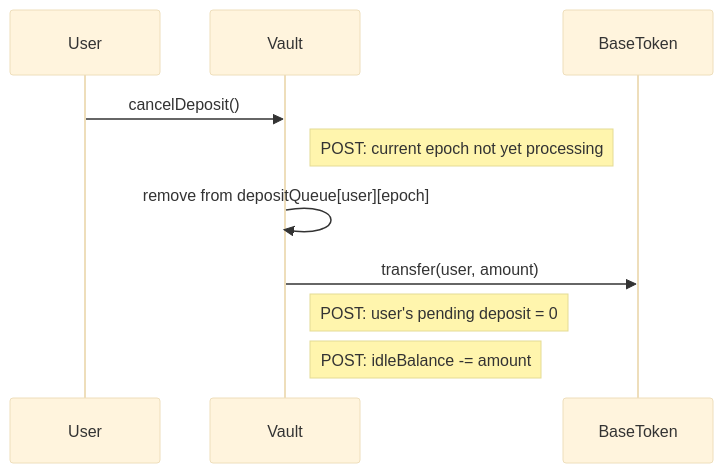
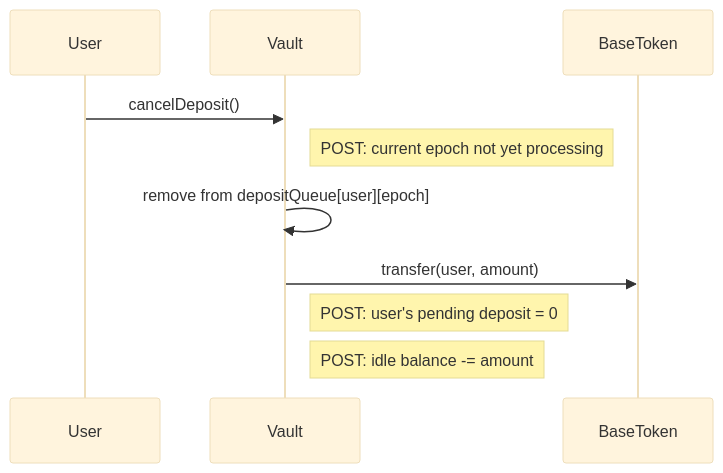
Before and after one commit to evgenynacu/leverage-vaults: the second of 16 diagrams in docs/architecture/call-diagrams.md, drawn with Mermaid (base theme). The commit also changed other lines of this file and 9 other files, not shown here.

````diff
--- a/docs/architecture/call-diagrams.md
+++ b/docs/architecture/call-diagrams.md
@@ -19,9 +19,9 @@
 ```mermaid
 sequenceDiagram
     User->>Vault: cancelDeposit()
     note right of Vault: POST: current epoch not yet processing
     Vault->>Vault: remove from depositQueue[user][epoch]
     Vault->>BaseToken: transfer(user, amount)
     note right of Vault: POST: user's pending deposit = 0
-    note right of Vault: POST: idleBalance -= amount
+    note right of Vault: POST: idle balance -= amount
 ```
````
